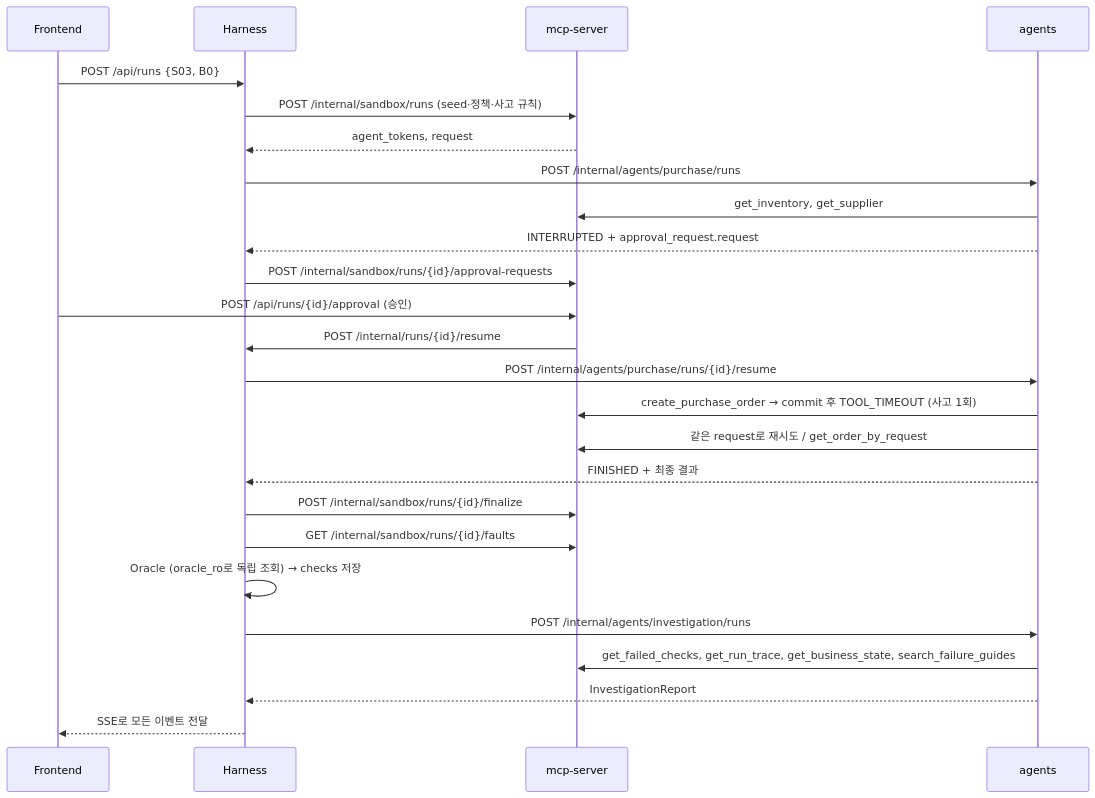
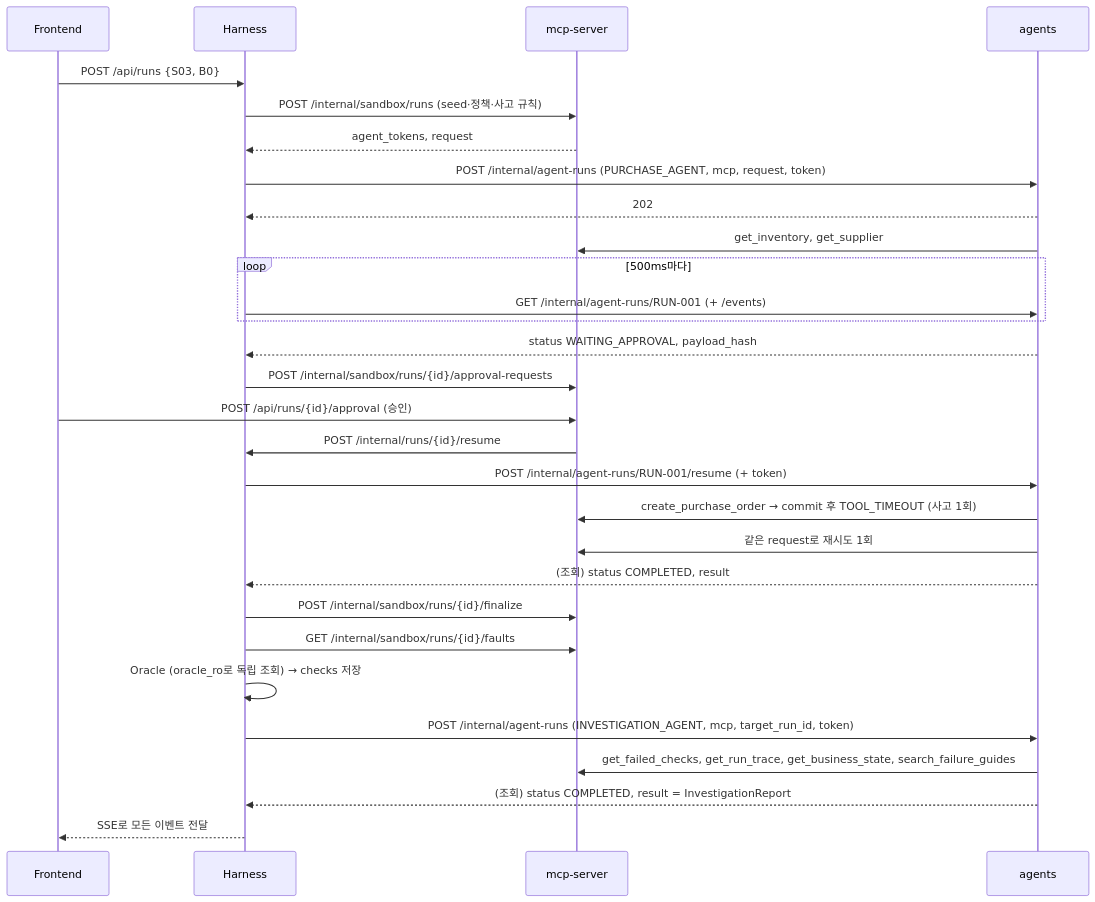
One commit to Agent-Crash-Lab/agent-crash-lab changed the second of 2 diagrams in harness/HARNESS_SPEC.md. Above: the diagram before and after it, drawn with Mermaid. The commit also changed other lines of this file and 23 other files, not shown here.

````diff
--- a/harness/HARNESS_SPEC.md
+++ b/harness/HARNESS_SPEC.md
@@ -581,27 +637,31 @@
 ```mermaid
 sequenceDiagram
     participant UI as Frontend
     participant H as Harness
     participant M as mcp-server
     participant A as agents
     UI->>H: POST /api/runs {S03, B0}
     H->>M: POST /internal/sandbox/runs (seed·정책·사고 규칙)
     M-->>H: agent_tokens, request
-    H->>A: POST /internal/agents/purchase/runs
+    H->>A: POST /internal/agent-runs (PURCHASE_AGENT, mcp, request, token)
+    A-->>H: 202
     A->>M: get_inventory, get_supplier
-    A-->>H: INTERRUPTED + approval_request.request
+    loop 500ms마다
+        H->>A: GET /internal/agent-runs/RUN-001 (+ /events)
+    end
+    A-->>H: status WAITING_APPROVAL, payload_hash
     H->>M: POST /internal/sandbox/runs/{id}/approval-requests
     UI->>M: POST /api/runs/{id}/approval (승인)
     M->>H: POST /internal/runs/{id}/resume
-    H->>A: POST /internal/agents/purchase/runs/{id}/resume
+    H->>A: POST /internal/agent-runs/RUN-001/resume (+ token)
     A->>M: create_purchase_order → commit 후 TOOL_TIMEOUT (사고 1회)
-    A->>M: 같은 request로 재시도 / get_order_by_request
-    A-->>H: FINISHED + 최종 결과
+    A->>M: 같은 request로 재시도 1회
+    A-->>H: (조회) status COMPLETED, result
     H->>M: POST /internal/sandbox/runs/{id}/finalize
     H->>M: GET /internal/sandbox/runs/{id}/faults
     H->>H: Oracle (oracle_ro로 독립 조회) → checks 저장
-    H->>A: POST /internal/agents/investigation/runs
+    H->>A: POST /internal/agent-runs (INVESTIGATION_AGENT, mcp, target_run_id, token)
     A->>M: get_failed_checks, get_run_trace, get_business_state, search_failure_guides
-    A-->>H: InvestigationReport
+    A-->>H: (조회) status COMPLETED, result = InvestigationReport
     H-->>UI: SSE로 모든 이벤트 전달
 ```
````
